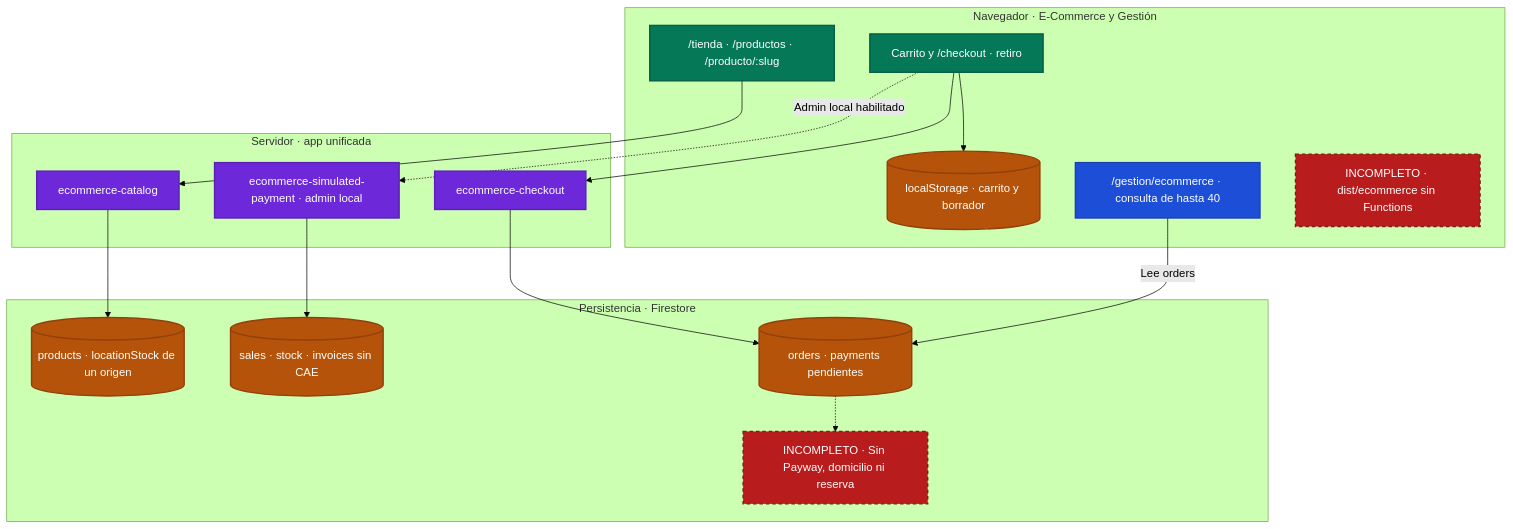
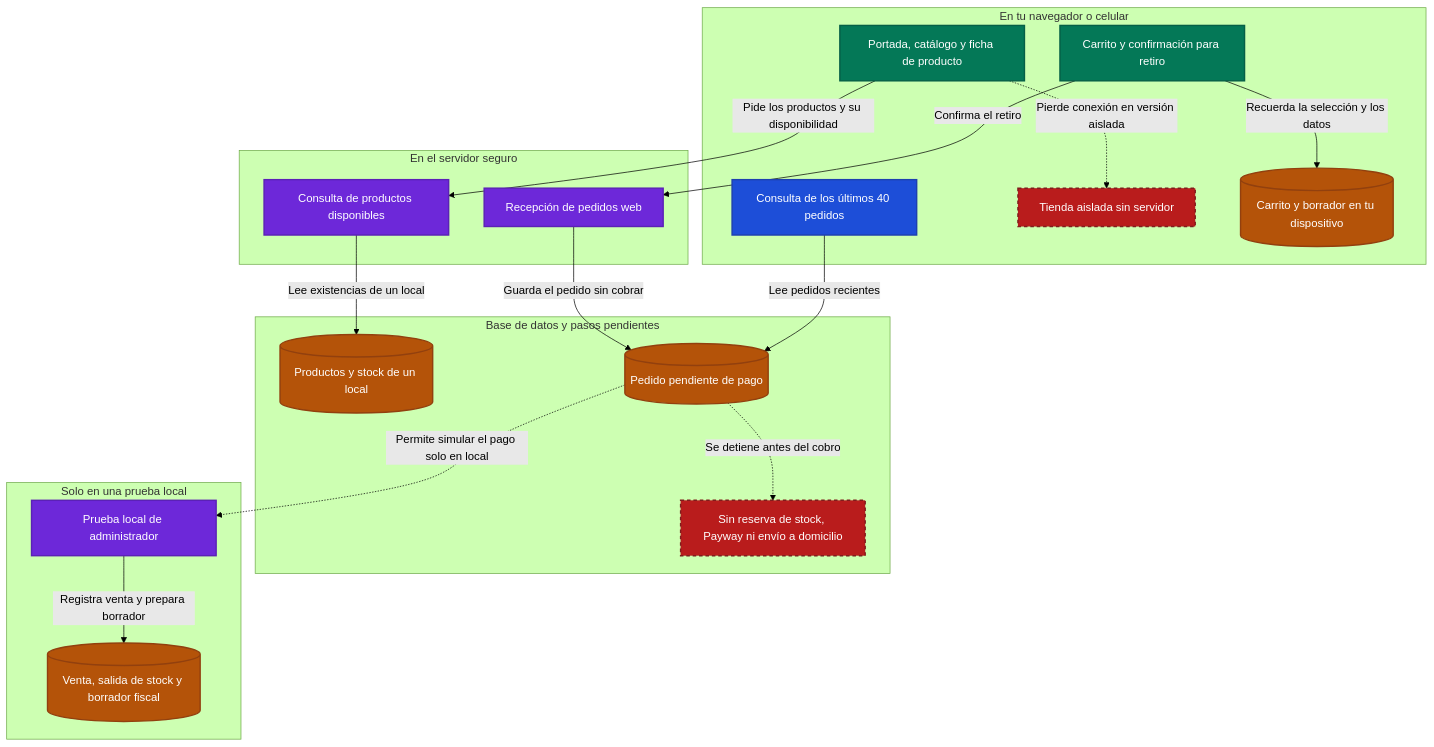
One commit to AgustinBazanUB/App-Integral-FM changed the diagram in docs/diagrams/mmd/05-d5-ecommerce-pedidos-web.mmd. Above: the diagram before and after it, drawn with Mermaid (forest theme). The commit also changed 24 other files, not shown here.

```diff
--- a/docs/diagrams/mmd/05-d5-ecommerce-pedidos-web.mmd
+++ b/docs/diagrams/mmd/05-d5-ecommerce-pedidos-web.mmd
@@ -1,37 +1,40 @@
 flowchart TB
-    %% Flujo del macro-dominio verificado contra el corte d0f1225.
-    subgraph navegador["Navegador · E-Commerce y Gestión"]
-        oferta["/tienda · /productos · /producto/:slug"]:::ecommerce
-        checkout["Carrito y /checkout · retiro"]:::ecommerce
-        local[("localStorage · carrito y borrador")]:::db
-        gestion["/gestion/ecommerce · consulta de hasta 40"]:::integral
-        separado["INCOMPLETO · dist/ecommerce sin Functions"]:::debt
+    %% La tienda consulta existencias y guarda un pedido pendiente.
+    subgraph navegador["En tu navegador o celular"]
+        carrito["Carrito y confirmación para retiro"]:::ecommerce
+        gestion["Consulta de los últimos 40 pedidos"]:::integral
+        oferta["Portada, catálogo y ficha de producto"]:::ecommerce
+        aislada["Tienda aislada sin servidor"]:::debt
+        memoria[("Carrito y borrador en tu dispositivo")]:::db
     end
-
-    subgraph servidor["Servidor · app unificada"]
-        catalogo["ecommerce-catalog"]:::shared
-        crear["ecommerce-checkout"]:::shared
-        simular["ecommerce-simulated-payment · admin local"]:::shared
+    subgraph servidor["En el servidor seguro"]
+        catalogo["Consulta de productos disponibles"]:::shared
+        recibir["Recepción de pedidos web"]:::shared
     end
-
-    subgraph persistencia["Persistencia · Firestore"]
-        stock[("products · locationStock de un origen")]:::db
-        pedido[("orders · payments pendientes")]:::db
-        faltante["INCOMPLETO · Sin Payway, domicilio ni reserva"]:::debt
-        cierre[("sales · stock · invoices sin CAE")]:::db
+    subgraph datos["Base de datos y pasos pendientes"]
+        stock[("Productos y stock de un local")]:::db
+        pendiente[("Pedido pendiente de pago")]:::db
+        falta["Sin reserva de stock, Payway ni envío a domicilio"]:::debt
     end
-
-    oferta --> catalogo --> stock
-    checkout --> local
-    checkout --> crear --> pedido
-    gestion -->|Lee orders| pedido
-    pedido -.-> faltante
-    checkout -.->|Admin local habilitado| simular --> cierre
+    subgraph prueba["Solo en una prueba local"]
+        venta[("Venta, salida de stock y borrador fiscal")]:::db
+        simular["Prueba local de administrador"]:::shared
+    end
+    oferta -.->|"Pierde conexión en versión aislada"| aislada
+    carrito -->|"Recuerda la selección y los datos"| memoria
+    recibir -->|"Guarda el pedido sin cobrar"| pendiente
+    carrito -->|"Confirma el retiro"| recibir
+    pendiente -.->|"Permite simular el pago solo en local"| simular
+    gestion -->|"Lee pedidos recientes"| pendiente
+    oferta -->|"Pide los productos y su disponibilidad"| catalogo
+    simular -->|"Registra venta y prepara borrador"| venta
+    pendiente -.->|"Se detiene antes del cobro"| falta
+    catalogo -->|"Lee existencias de un local"| stock
 
     classDef actor fill:#1E293B,stroke:#64748B,color:#FFFFFF,stroke-width:2px
     classDef integral fill:#1D4ED8,stroke:#1E40AF,color:#FFFFFF,stroke-width:2px
     classDef ecommerce fill:#047857,stroke:#065F46,color:#FFFFFF,stroke-width:2px
     classDef shared fill:#6D28D9,stroke:#5B21B6,color:#FFFFFF,stroke-width:2px
     classDef db fill:#B45309,stroke:#92400E,color:#FFFFFF,stroke-width:2px
     classDef external fill:#475569,stroke:#334155,color:#FFFFFF,stroke-width:2px,stroke-dasharray:5 4
     classDef debt fill:#B91C1C,stroke:#7F1D1D,color:#FFFFFF,stroke-width:2px,stroke-dasharray:5 4
```
